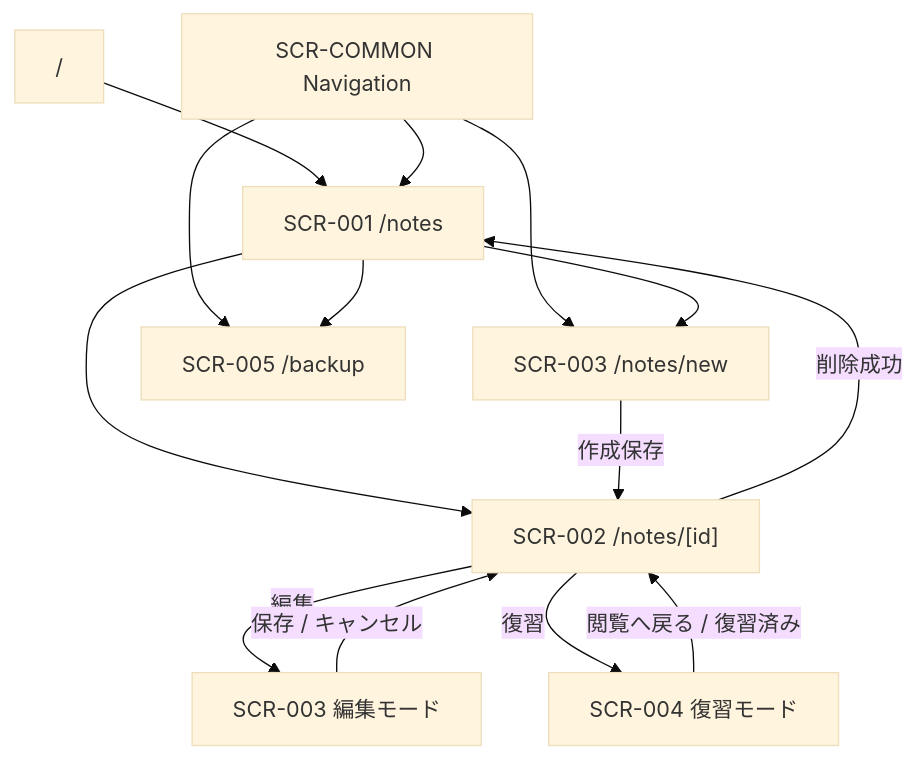
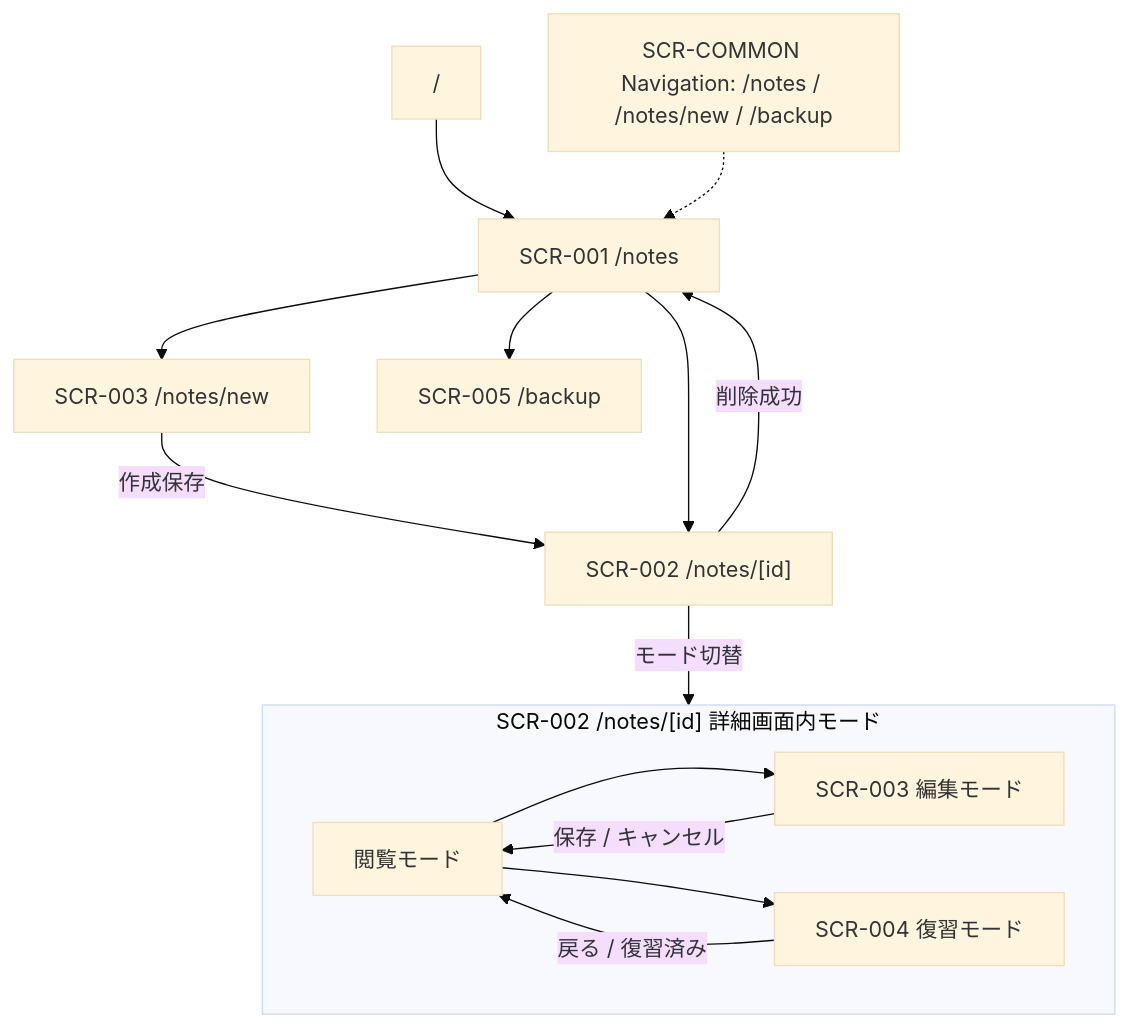
The diagram in doc/screens/MVP_SCREEN_INVENTORY.md (ka-akehi/Cornell-Method), drawn with Mermaid (base theme) before and after one commit. The commit also changed other lines of this file and 33 other files, not shown here.

````diff
--- a/doc/screens/MVP_SCREEN_INVENTORY.md
+++ b/doc/screens/MVP_SCREEN_INVENTORY.md
@@ -209,16 +273,21 @@
 ```mermaid
 flowchart TD
   Home["/"] --> Notes["SCR-001 /notes"]
-  Common["SCR-COMMON Navigation"] --> Notes
-  Common --> NewEdit["SCR-003 /notes/new"]
-  Common --> Backup["SCR-005 /backup"]
-  Notes --> NewEdit
+  Notes --> NewEdit["SCR-003 /notes/new"]
+  NewEdit -- "作成保存" --> Detail
   Notes --> Detail["SCR-002 /notes/[id]"]
-  NewEdit -- "作成保存" --> Detail
-  Detail -- "編集" --> EditMode["SCR-003 編集モード"]
-  EditMode -- "保存 / キャンセル" --> Detail
-  Detail -- "復習" --> Review["SCR-004 復習モード"]
-  Review -- "閲覧へ戻る / 復習済み" --> Detail
+  Notes --> Backup["SCR-005 /backup"]
   Detail -- "削除成功" --> Notes
-  Notes --> Backup
+
+  Common["SCR-COMMON Navigation: /notes / /notes/new / /backup"] -.-> Notes
+
+  subgraph DetailModes["SCR-002 /notes/[id] 詳細画面内モード"]
+    direction LR
+    ViewMode["閲覧モード"] --> EditMode["SCR-003 編集モード"]
+    EditMode -- "保存 / キャンセル" --> ViewMode
+    ViewMode --> Review["SCR-004 復習モード"]
+    Review -- "戻る / 復習済み" --> ViewMode
+  end
+
+  Detail -- "モード切替" --> ViewMode
 ```
````
